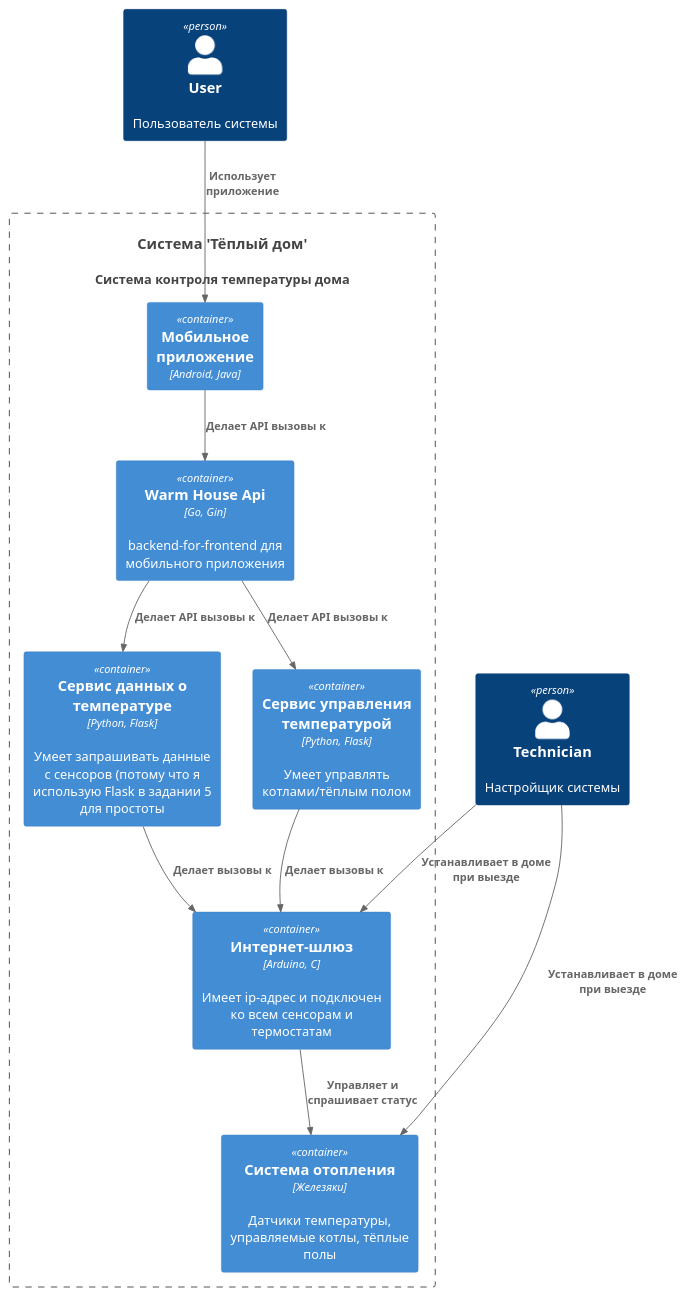
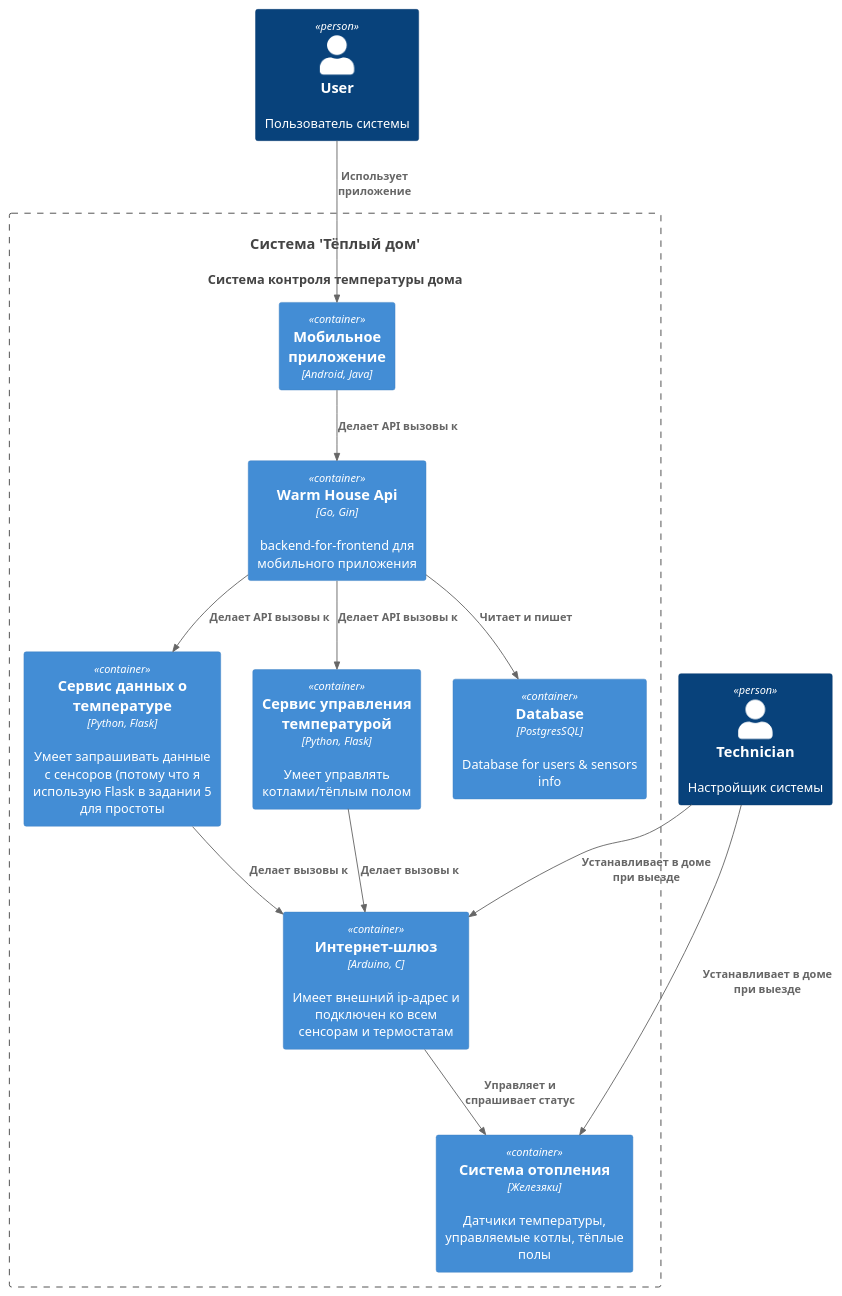
One commit to justanotheruser/architecture-warmhouse changed the diagram in diagrams/as-is/Container.puml. Above: the diagram before and after it, drawn with PlantUML. The commit also changed 10 other files, not shown here.

Commit message:
to-be container diagram

```diff
--- a/diagrams/as-is/Container.puml
+++ b/diagrams/as-is/Container.puml
@@ -1,29 +1,31 @@
 @startuml
 !include ../C4_Container.puml
 
 top to bottom direction
 
 Person(user, "User", "Пользователь системы")
 Person(technician, "Technician", "Настройщик системы")
 System(WarmHomeSystem, "Система 'Тёплый дом'", "Система контроля температуры дома")
 
 Container_Boundary(WarmHomeSystem, "") {
     Container(Hardware, "Система отопления", "Железяки", "Датчики температуры, управляемые котлы, тёплые полы")
-    Container(InternetGate, "Интернет-шлюз", "Arduino, C", "Имеет ip-адрес и подключен ко всем сенсорам и термостатам")
+    Container(InternetGate, "Интернет-шлюз", "Arduino, C", "Имеет внешний ip-адрес и подключен ко всем сенсорам и термостатам")
     Container(TemperatureService, "Сервис данных о температуре", "Python, Flask", "Умеет запрашивать данные с сенсоров (потому что я использую Flask в задании 5 для простоты")
     Container(BoilerService, "Сервис управления температурой", "Python, Flask", "Умеет управлять котлами/тёплым полом")
     Container(WarmHouseApi, "Warm House Api", "Go, Gin", "backend-for-frontend для мобильного приложения")
+    Container(Database, "Database", "PostgresSQL", "Database for users & sensors info")
     Container(MobileApp, "Мобильное приложение", "Android, Java", "")
 
 }
 
 Rel(user, MobileApp, "Использует приложение")
 Rel(MobileApp, WarmHouseApi, "Делает API вызовы к")
+Rel(WarmHouseApi, Database, "Читает и пишет")
 Rel(WarmHouseApi, BoilerService, "Делает API вызовы к")
 Rel(WarmHouseApi, TemperatureService, "Делает API вызовы к")
 Rel(BoilerService, InternetGate, "Делает вызовы к")
 Rel(TemperatureService, InternetGate, "Делает вызовы к")
 Rel(InternetGate, Hardware, "Управляет и спрашивает статус")
 Rel(technician, Hardware, "Устанавливает в доме при выезде")
 Rel(technician, InternetGate, "Устанавливает в доме при выезде")
 @enduml
```
